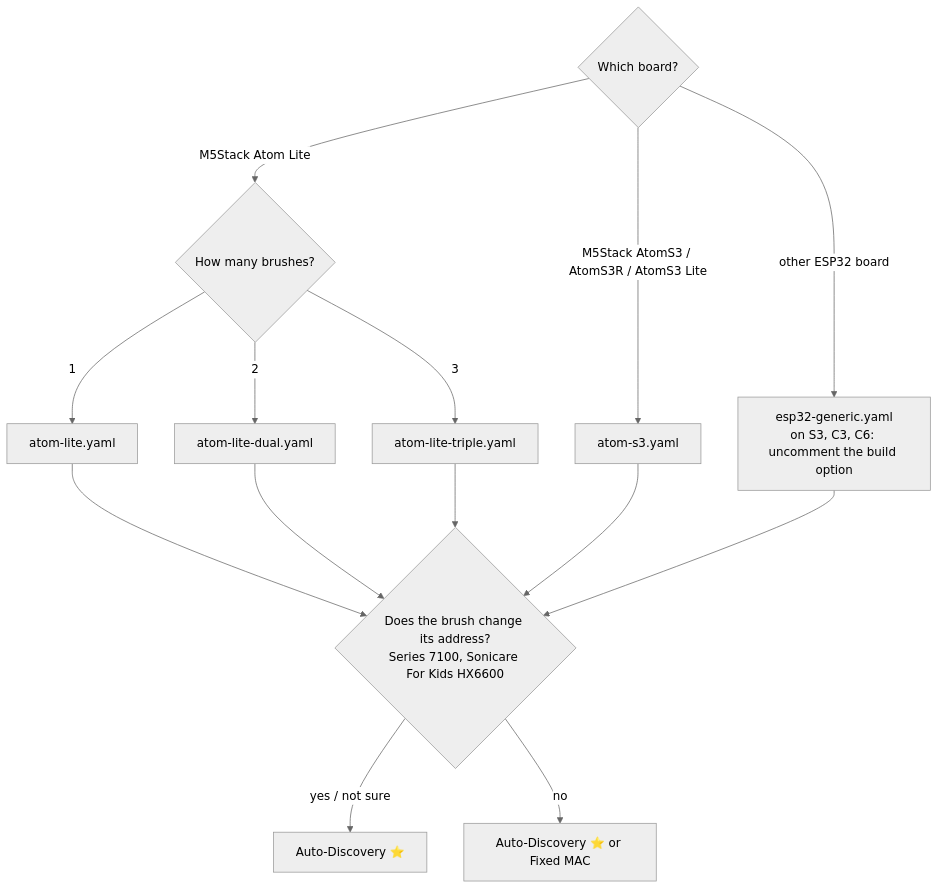
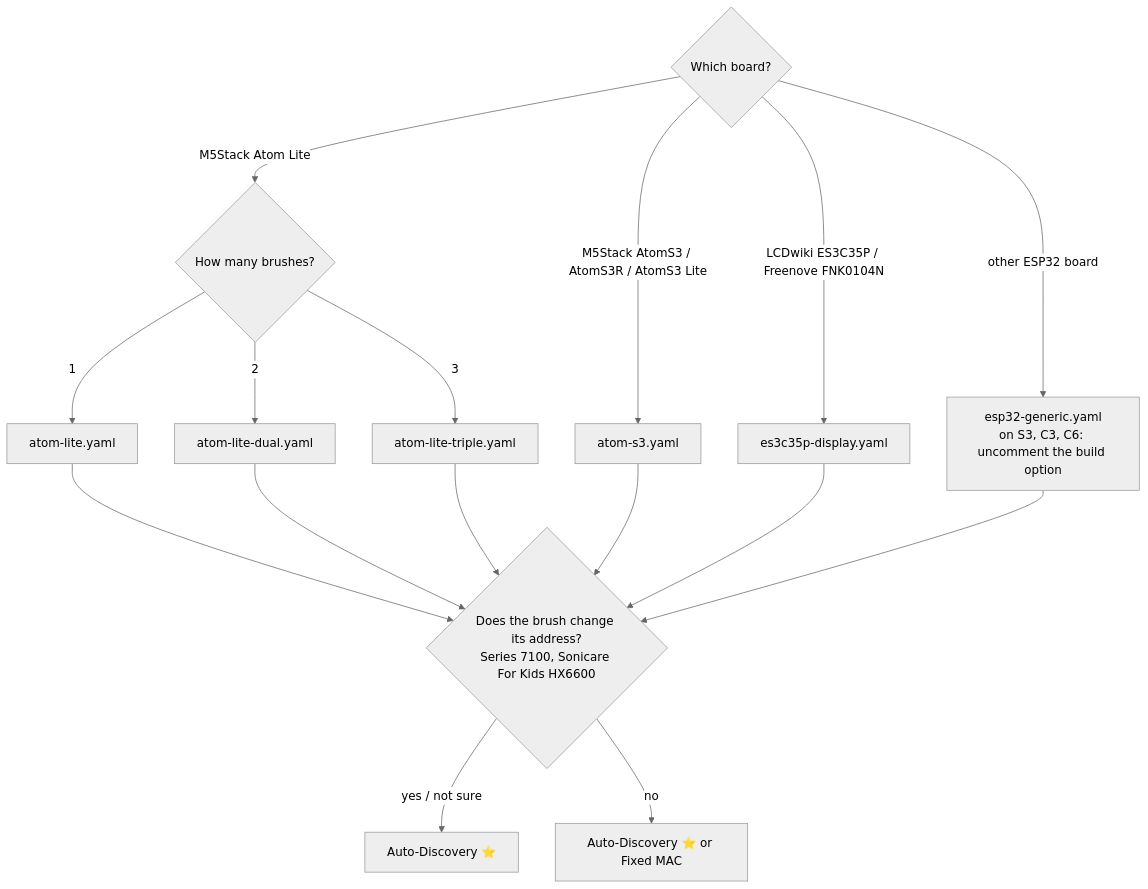
One commit to mtheli/philips_sonicare_ble changed the second of 2 diagrams in esphome/SETUP.md. Above: the diagram before and after it, drawn with Mermaid (neutral theme).

Commit message:
Add the ES3C35P display example to the setup decision diagram

````diff
--- a/esphome/SETUP.md
+++ b/esphome/SETUP.md
@@ -76,13 +76,14 @@
 ```mermaid
 flowchart TD
     board{"Which board?"}
     board -->|"M5Stack Atom Lite"| brushes{"How many brushes?"}
     brushes -->|"1"| lite["atom-lite.yaml"]
     brushes -->|"2"| dual["atom-lite-dual.yaml"]
     brushes -->|"3"| triple["atom-lite-triple.yaml"]
     board -->|"M5Stack AtomS3 / AtomS3R / AtomS3 Lite"| s3["atom-s3.yaml"]
+    board -->|"LCDwiki ES3C35P / Freenove FNK0104N"| disp["es3c35p-display.yaml"]
     board -->|"other ESP32 board"| generic["esp32-generic.yaml<br/>on S3, C3, C6: uncomment the build option"]
-    lite & dual & triple & s3 & generic --> pair{"Does the brush change its address?<br/>Series 7100, Sonicare For Kids HX6600"}
+    lite & dual & triple & s3 & disp & generic --> pair{"Does the brush change its address?<br/>Series 7100, Sonicare For Kids HX6600"}
     pair -->|"yes / not sure"| auto["Auto-Discovery ⭐"]
     pair -->|"no"| either["Auto-Discovery ⭐ or Fixed MAC"]
 ```
````
